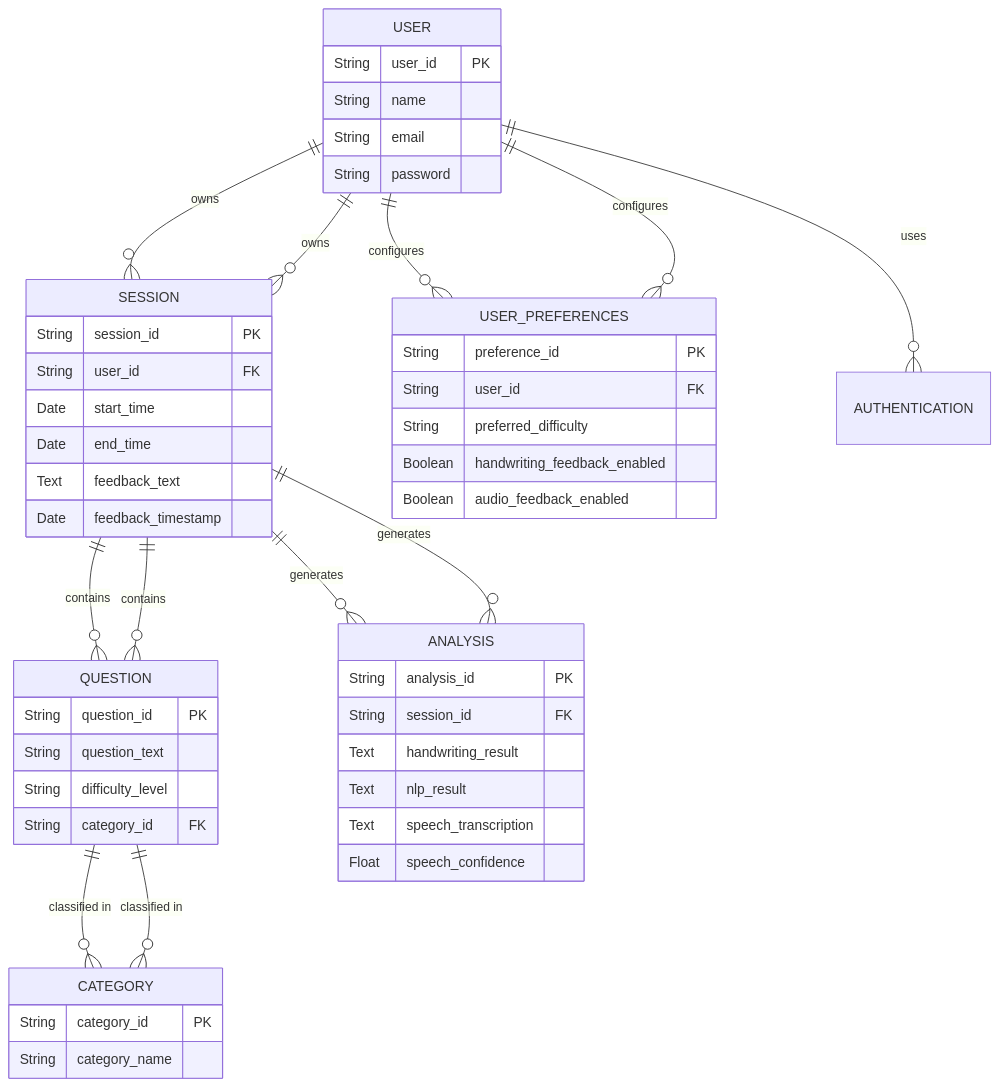
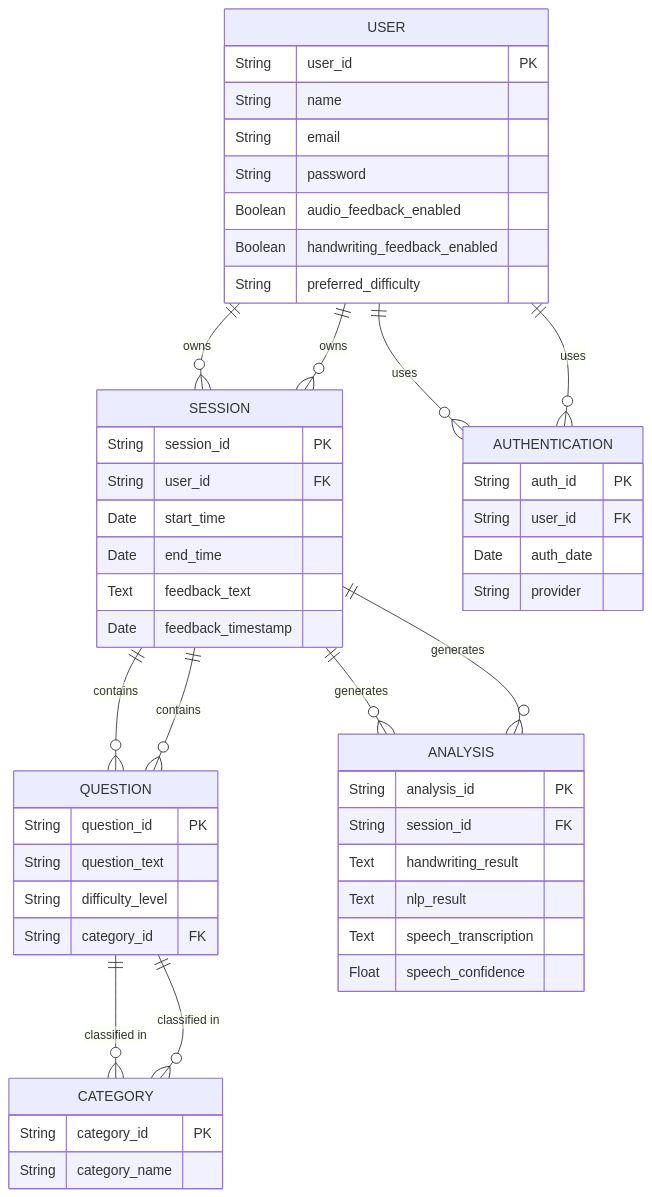
One commit to capstone-projects-2024-fall/project-whiteboardflow changed the diagram in documentation/docs/system-architecture/Database Diagrams.md. Above: the diagram before and after it, drawn with Mermaid. The commit also changed other lines of this file, not shown here.

Commit message:
Update Database Diagrams.md

````diff
--- a/documentation/docs/system-architecture/Database Diagrams.md
+++ b/documentation/docs/system-architecture/Database Diagrams.md
@@ -7,68 +7,70 @@
 ```mermaid
 erDiagram
-
-     %% Entities and their attributes
+    %% Entities and their attributes
 
     USER ||--o{ SESSION: "owns"
-    USER ||--o{ USER_PREFERENCES: "configures"
+    USER ||--o{ AUTHENTICATION: "uses"
     SESSION ||--o{ QUESTION: "contains"
     SESSION ||--o{ ANALYSIS: "generates"
     QUESTION ||--o{ CATEGORY: "classified in"
 
     %% USER entity
     USER {
         String user_id PK
         String name
         String email
         String password
+        Boolean audio_feedback_enabled
+        Boolean handwriting_feedback_enabled
+        String preferred_difficulty
     }
 
     %% SESSION entity
     SESSION {
         String session_id PK
         String user_id FK
         Date start_time
         Date end_time
         Text feedback_text
         Date feedback_timestamp
     }
 
     %% QUESTION entity
     QUESTION {
         String question_id PK
         String question_text
         String difficulty_level
         String category_id FK
     }
 
     %% CATEGORY entity
     CATEGORY {
         String category_id PK
         String category_name
     }
 
     %% ANALYSIS entity
     ANALYSIS {
         String analysis_id PK
         String session_id FK
         Text handwriting_result
         Text nlp_result
         Text speech_transcription
         Float speech_confidence
     }
-    %% USER_PREFERENCES entity
-    USER_PREFERENCES {
-        String preference_id PK   
+
+    %% AUTHENTICATION entity
+    AUTHENTICATION {
+        String auth_id PK
         String user_id FK
-        String preferred_difficulty
-        Boolean handwriting_feedback_enabled
-        Boolean audio_feedback_enabled
+        Date auth_date
+        String provider
     }
+
     %% Relationships
     USER ||--o{ SESSION: "owns"
     USER ||--o{ AUTHENTICATION: "uses"
-    USER ||--o{ USER_PREFERENCES: "configures"
     SESSION ||--o{ QUESTION: "contains"
     SESSION ||--o{ ANALYSIS: "generates"
     QUESTION ||--o{ CATEGORY: "classified in"
 ```
````
